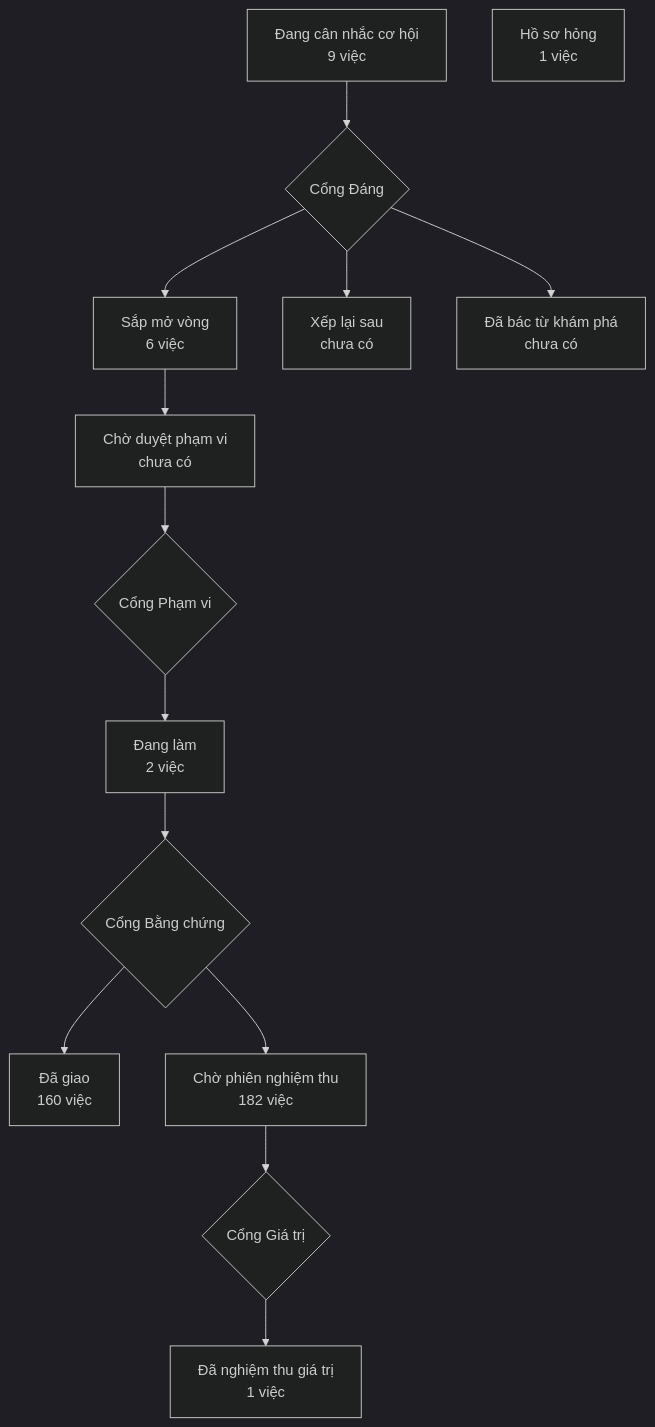
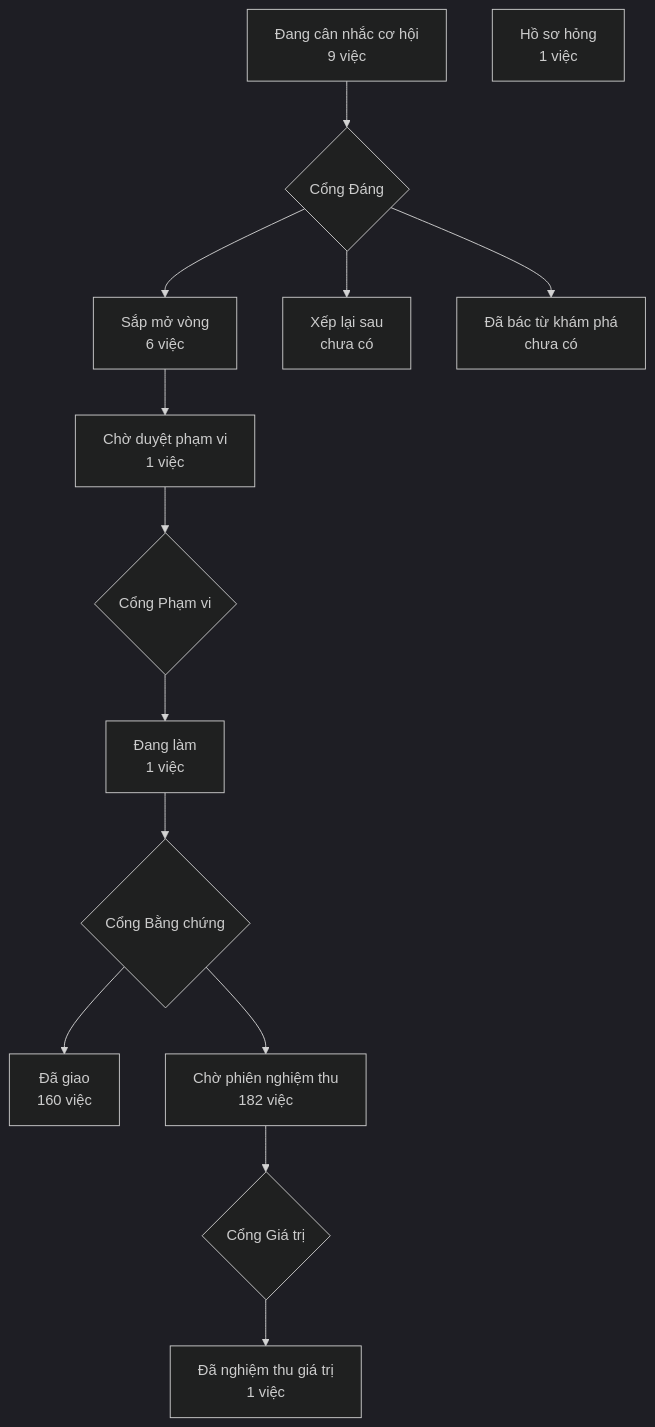
Before and after one commit to phanlemanh/crm-onehub: the diagram in PRODUCT-MAP.md, drawn with Mermaid (dark theme). The commit also changed other lines of this file and 1 other file, not shown here.

Commit message:
chore(bam-kr-mo-chi-tiet-kr): vẽ lại bản đồ sản phẩm sau khi mở lại Cổng Phạm vi

````diff
--- a/PRODUCT-MAP.md
+++ b/PRODUCT-MAP.md
@@ -7,13 +7,13 @@
 ```mermaid
 flowchart TD
   A["Đang cân nhắc cơ hội<br/>9 việc"] --> GD{"Cổng Đáng"}
   GD --> B["Sắp mở vòng<br/>6 việc"]
   GD --> XL["Xếp lại sau<br/>chưa có"]
   GD --> DB["Đã bác từ khám phá<br/>chưa có"]
-  B --> CD["Chờ duyệt phạm vi<br/>chưa có"] --> GP{"Cổng Phạm vi"}
-  GP --> DL["Đang làm<br/>2 việc"] --> GB{"Cổng Bằng chứng"}
+  B --> CD["Chờ duyệt phạm vi<br/>1 việc"] --> GP{"Cổng Phạm vi"}
+  GP --> DL["Đang làm<br/>1 việc"] --> GB{"Cổng Bằng chứng"}
   GB --> DG["Đã giao<br/>160 việc"]
   GB --> CN["Chờ phiên nghiệm thu<br/>182 việc"] --> GG{"Cổng Giá trị"}
   GG --> NT["Đã nghiệm thu giá trị<br/>1 việc"]
   HS["Hồ sơ hỏng<br/>1 việc"]
 ```
````
